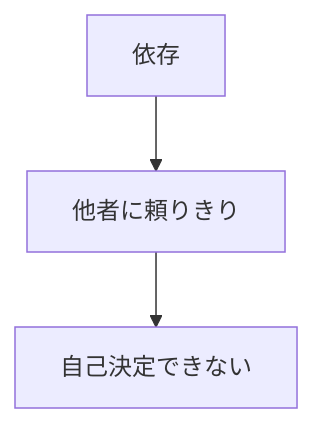
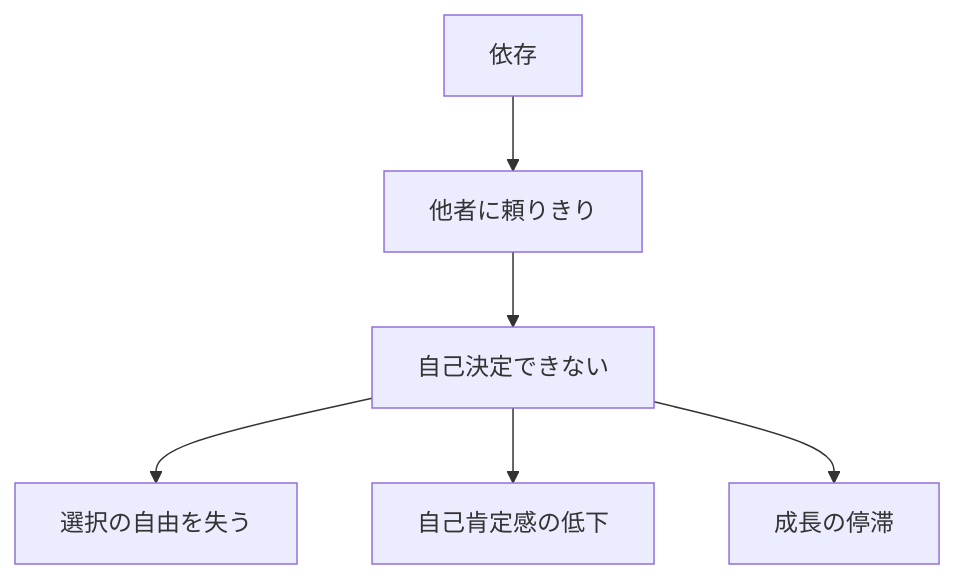
One commit to tndg16-bot/portfolio-site changed the second of 4 diagrams in content/blog/301-dependence-independence-interdependence.md. Above: the diagram before and after it, drawn with Mermaid. The commit also changed other lines of this file and 4 other files, not shown here.

````diff
--- a/content/blog/301-dependence-independence-interdependence.md
+++ b/content/blog/301-dependence-independence-interdependence.md
@@ -44,5 +43,8 @@
 ```mermaid
 graph TD
     A[依存] --> B[他者に頼りきり]
     B --> C[自己決定できない]
+    C --> D[選択の自由を失う]
+    C --> E[自己肯定感の低下]
+    C --> F[成長の停滞]
 ```
````
